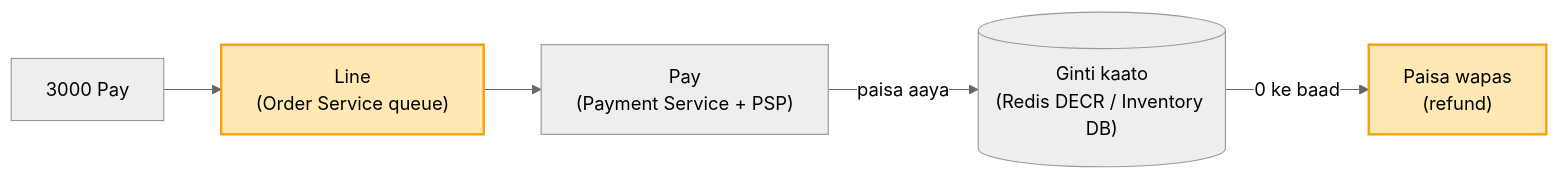
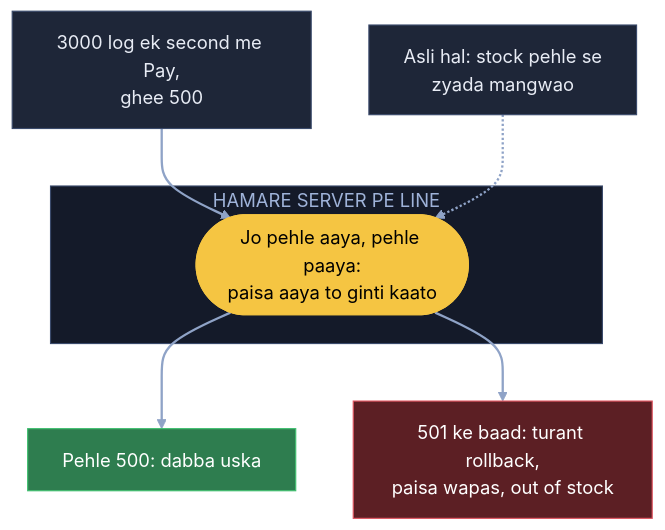
The fifth of 7 diagrams in 04_HLD/SYSTEM_DESIGNS/17_ecommerce/17_ecommerce.md (ArpanMaheshwari144/Prep), drawn with Mermaid (neutral theme) before and after one commit. The commit also changed other lines of this file, not shown here.

Commit message:
E-commerce: 7 diagram hand notes ke shabdon se (mausi ka mart, godown / shelf, sale gate)

````diff
--- a/04_HLD/SYSTEM_DESIGNS/17_ecommerce/17_ecommerce.md
+++ b/04_HLD/SYSTEM_DESIGNS/17_ecommerce/17_ecommerce.md
@@ -139,9 +184,20 @@
 ```mermaid
-flowchart LR
-    U["3000 Pay"] --> Q["Line<br/>(Order Service queue)"]
-    Q --> P["Pay<br/>(Payment Service + PSP)"]
-    P -- "paisa aaya" --> D[("Ginti kaato<br/>(Redis DECR / Inventory DB)")]
-    D -- "0 ke baad" --> RF["Paisa wapas<br/>(refund)"]
-    style Q fill:#ffe8b3,stroke:#f59f00,stroke-width:2px,color:#000
-    style RF fill:#ffe8b3,stroke:#f59f00,stroke-width:2px,color:#000
+flowchart TB
+    U["3000 log ek second me Pay,<br/>ghee 500"]:::card
+    subgraph SL["HAMARE SERVER PE LINE"]
+        Q(["Jo pehle aaya, pehle paaya:<br/>paisa aaya to ginti kaato"]):::pill
+    end
+    OK["Pehle 500: dabba uska"]:::good
+    R["501 ke baad: turant rollback,<br/>paisa wapas, out of stock"]:::bad
+    B["Asli hal: stock pehle se<br/>zyada mangwao"]:::card
+    U --> Q
+    Q --> OK
+    Q --> R
+    B -.-> Q
+    linkStyle default stroke:#8fa3c7,stroke-width:2px
+    classDef card fill:#1e2638,stroke:#3a4a6b,color:#e8ecf5
+    classDef pill fill:#f5c542,stroke:#f5c542,color:#000
+    classDef good fill:#2e7d4f,stroke:#3fbf6f,color:#fff
+    classDef bad fill:#5c1f24,stroke:#e05561,color:#fff
+    style SL fill:#141a29,stroke:#3a4a6b,color:#9fb3d9
 ```
````
